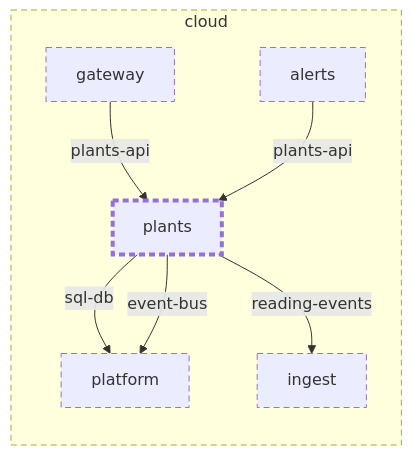
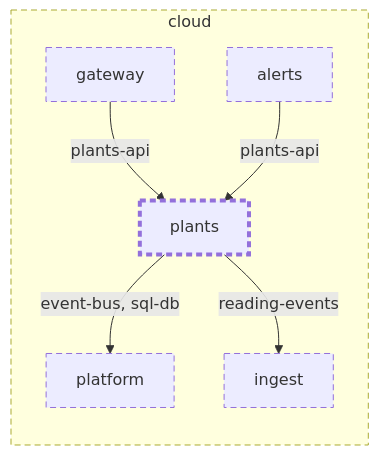
The diagram in examples/plantwatch/cloud/services/plants/doc/diagrams/context.md (wackazong/unifold), drawn with Mermaid before and after one commit. The commit also changed other lines of this file and 330 other files, not shown here.

````diff
--- a/examples/plantwatch/cloud/services/plants/doc/diagrams/context.md
+++ b/examples/plantwatch/cloud/services/plants/doc/diagrams/context.md
@@ -8,24 +8,19 @@
 ```mermaid
 flowchart LR
   subgraph u_cloud["cloud"]
-    u_cloud_platform["platform"]
-    u_cloud_services_alerts["alerts"]
-    u_cloud_services_gateway["gateway"]
-    u_cloud_services_ingest["ingest"]
-    u_cloud_services_plants["plants"]
+    u_cloud__platform["platform"]
+    u_cloud__services__alerts["alerts"]
+    u_cloud__services__gateway["gateway"]
+    u_cloud__services__ingest["ingest"]
+    u_cloud__services__plants["plants"]
   end
-  u_cloud_services_gateway -->|"plants-api"| u_cloud_services_plants
-  u_cloud_services_plants -->|"reading-events"| u_cloud_services_ingest
-  u_cloud_services_plants -->|"sql-db"| u_cloud_platform
-  u_cloud_services_plants -->|"event-bus"| u_cloud_platform
-  u_cloud_services_alerts -->|"plants-api"| u_cloud_services_plants
-  click u_cloud_platform href "../../../../platform/README.md"
-  click u_cloud_services_alerts href "../../../alerts/README.md"
-  click u_cloud_services_gateway href "../../../gateway/README.md"
-  click u_cloud_services_ingest href "../../../ingest/README.md"
-  click u_cloud_services_plants href "../../README.md"
+  u_cloud__services__gateway -->|"plants-api"| u_cloud__services__plants
+  u_cloud__services__plants -->|"reading-events"| u_cloud__services__ingest
+  u_cloud__services__alerts -->|"plants-api"| u_cloud__services__plants
+  u_cloud__services__plants -->|"event-bus, sql-db"| u_cloud__platform
   classDef focus stroke-width:4px
   classDef planned stroke-dasharray:6 4
-  class u_cloud,u_cloud_platform,u_cloud_services_alerts,u_cloud_services_gateway,u_cloud_services_ingest,u_cloud_services_plants planned
-  class u_cloud_services_plants focus
+  classDef plain stroke-dasharray:2 3
+  class u_cloud,u_cloud__platform,u_cloud__services__alerts,u_cloud__services__gateway,u_cloud__services__ingest,u_cloud__services__plants planned
+  class u_cloud__services__plants focus
 ```
````
